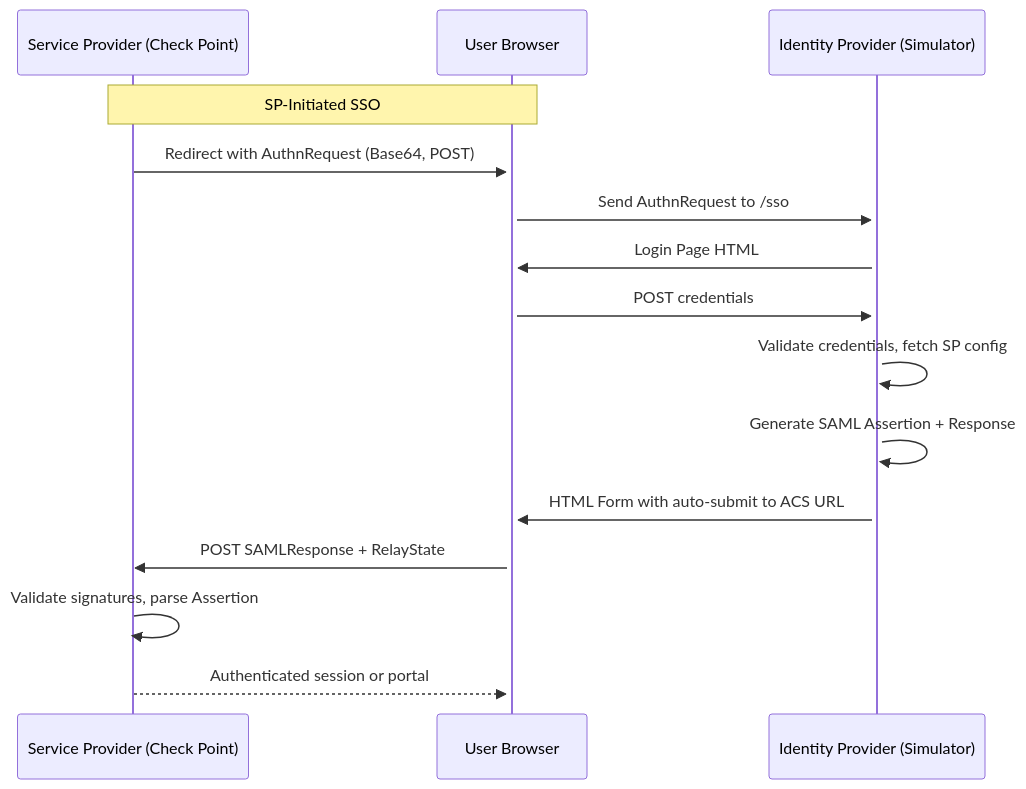
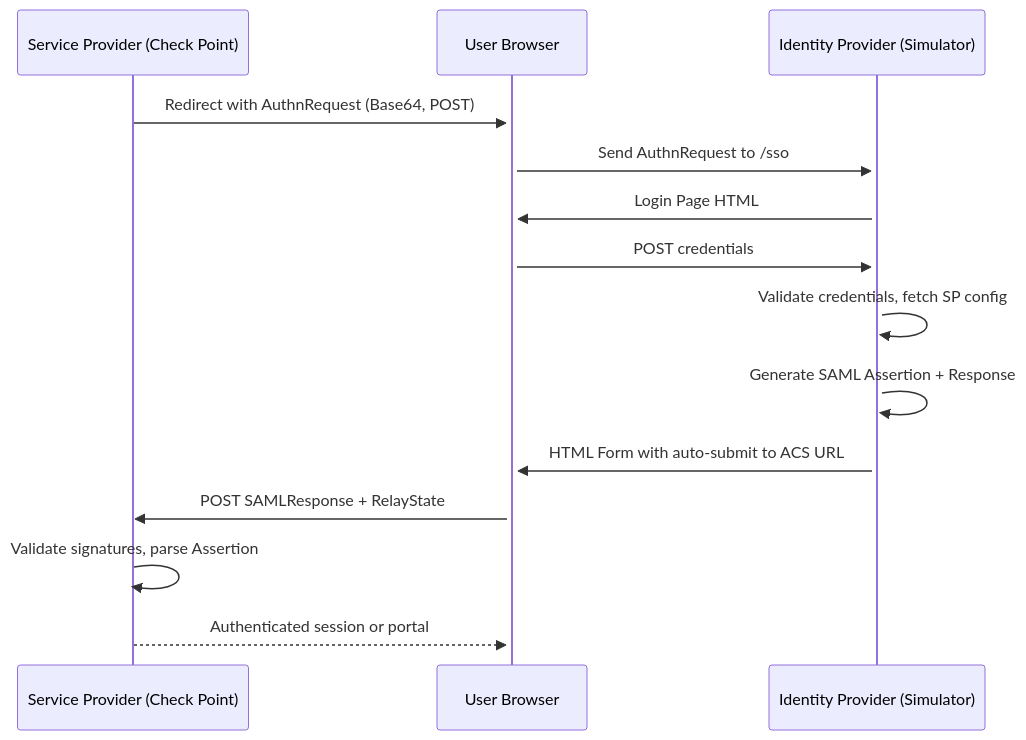
One commit to alshawwaf/SAML_IDP_Simulator changed the diagram in README.MD. Above: the diagram before and after it, drawn with Mermaid. The commit also changed other lines of this file, not shown here.

````diff
--- a/README.MD
+++ b/README.MD
@@ -50,19 +113,17 @@
 ```mermaid
 sequenceDiagram
     participant SP as Service Provider (Check Point)
     participant Browser as User Browser
     participant IdP as Identity Provider (Simulator)
-
-    Note over SP,Browser: SP-Initiated SSO
 
     SP->>+Browser: Redirect with AuthnRequest (Base64, POST)
     Browser->>+IdP: Send AuthnRequest to /sso
     IdP->>Browser: Login Page HTML
     Browser->>IdP: POST credentials
     IdP->>IdP: Validate credentials, fetch SP config
     IdP->>IdP: Generate SAML Assertion + Response
     IdP->>Browser: HTML Form with auto-submit to ACS URL
     Browser->>SP: POST SAMLResponse + RelayState
     SP->>SP: Validate signatures, parse Assertion
     SP-->>Browser: Authenticated session or portal
 ```
````
